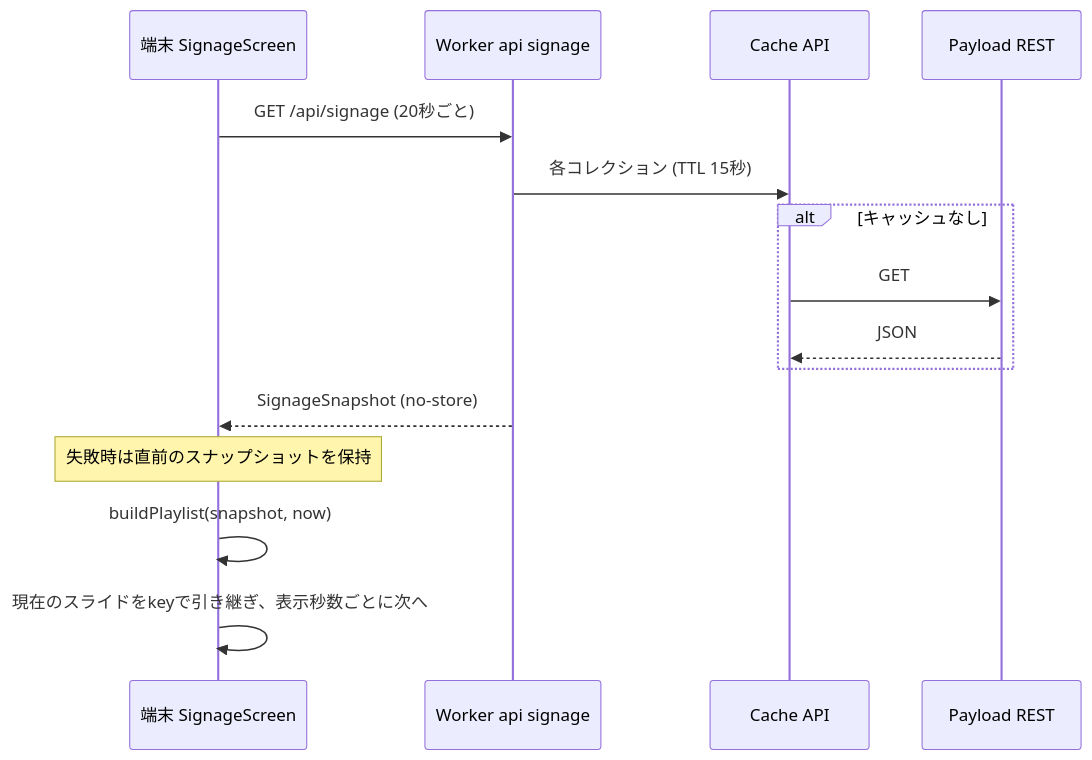
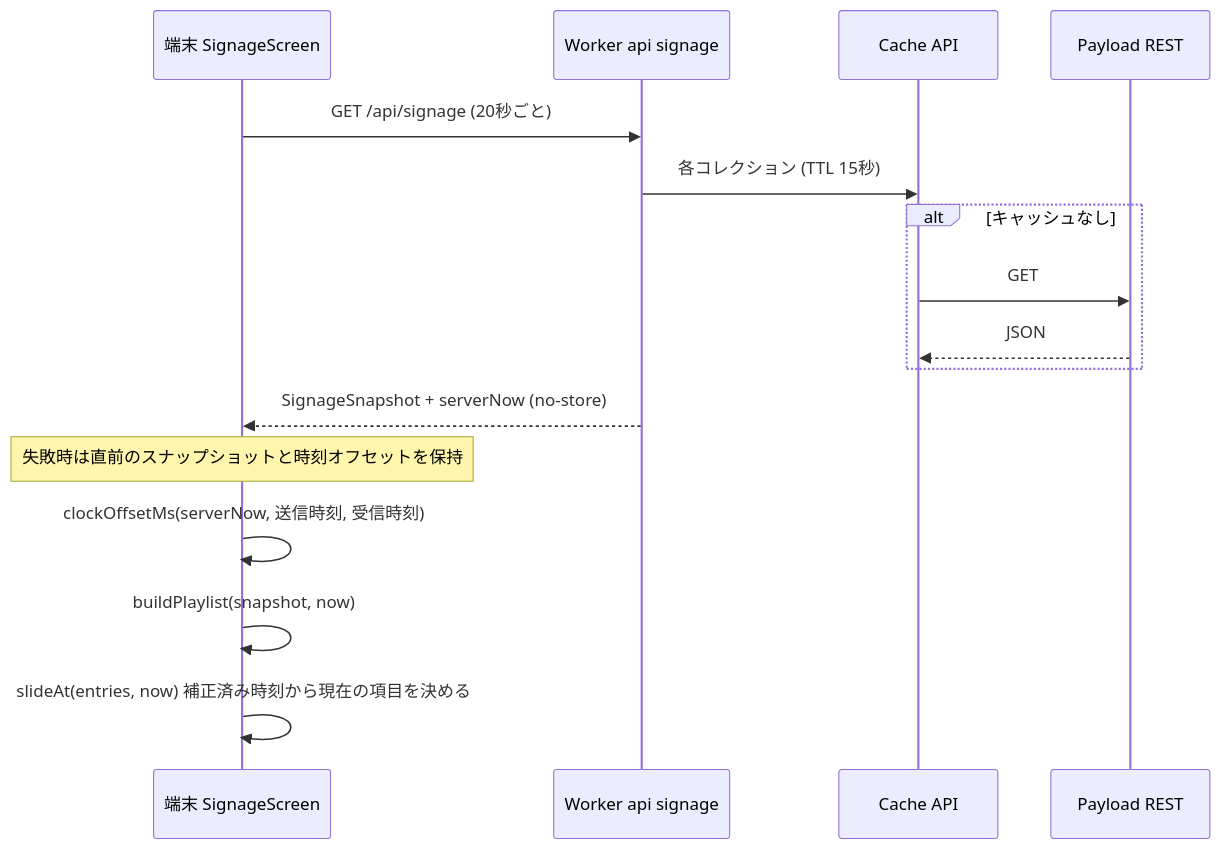
One commit to aramakisai/aramakisai-web changed the second of 4 diagrams in .kiro/specs/digital-signage/design.md. Above: the diagram before and after it, drawn with Mermaid. The commit also changed other lines of this file and 2 other files, not shown here.

````diff
--- a/.kiro/specs/digital-signage/design.md
+++ b/.kiro/specs/digital-signage/design.md
@@ -169,17 +184,18 @@
 ```mermaid
 sequenceDiagram
   participant D as 端末 SignageScreen
   participant W as Worker api signage
   participant C as Cache API
   participant P as Payload REST
   D->>W: GET /api/signage (20秒ごと)
   W->>C: 各コレクション (TTL 15秒)
   alt キャッシュなし
     C->>P: GET
     P-->>C: JSON
   end
-  W-->>D: SignageSnapshot (no-store)
-  Note over D: 失敗時は直前のスナップショットを保持
+  W-->>D: SignageSnapshot + serverNow (no-store)
+  Note over D: 失敗時は直前のスナップショットと時刻オフセットを保持
+  D->>D: clockOffsetMs(serverNow, 送信時刻, 受信時刻)
   D->>D: buildPlaylist(snapshot, now)
-  D->>D: 現在のスライドをkeyで引き継ぎ、表示秒数ごとに次へ
+  D->>D: slideAt(entries, now) 補正済み時刻から現在の項目を決める
 ```
````
